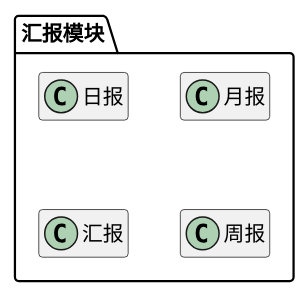
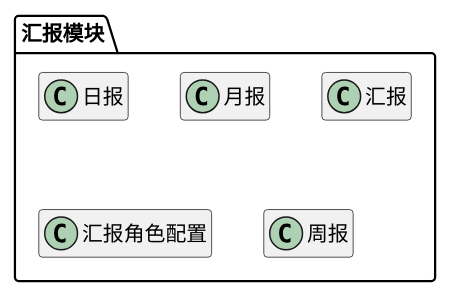
Before and after one commit to zj335841911/nt_chandao: the fifth of 8 diagrams in ibizpms-docs/src/main/doc/v1/module/module_index.md, drawn with PlantUML. The commit also changed 84 other files, not shown here.

```diff
--- a/ibizpms-docs/src/main/doc/v1/module/module_index.md
+++ b/ibizpms-docs/src/main/doc/v1/module/module_index.md
@@ -691,23 +691,26 @@
 {% plantuml %}
 
 package 汇报模块 {
 
 class 日报 {
 }
 
 class 月报 {
 }
 
 class 汇报 {
 }
 
+class 汇报角色配置 {
+}
+
 class 周报 {
 }
 
 
 
 }
 
 hide members
 
 {% endplantuml %}
```
